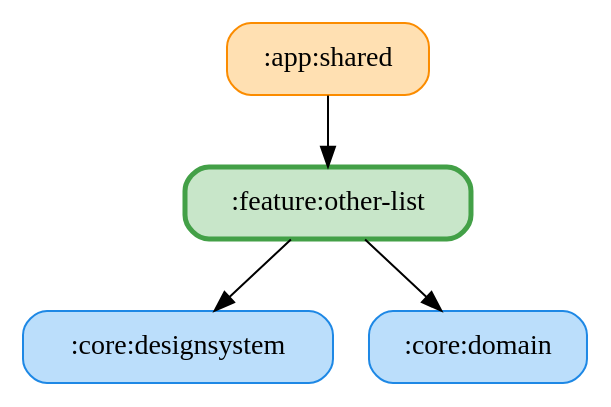
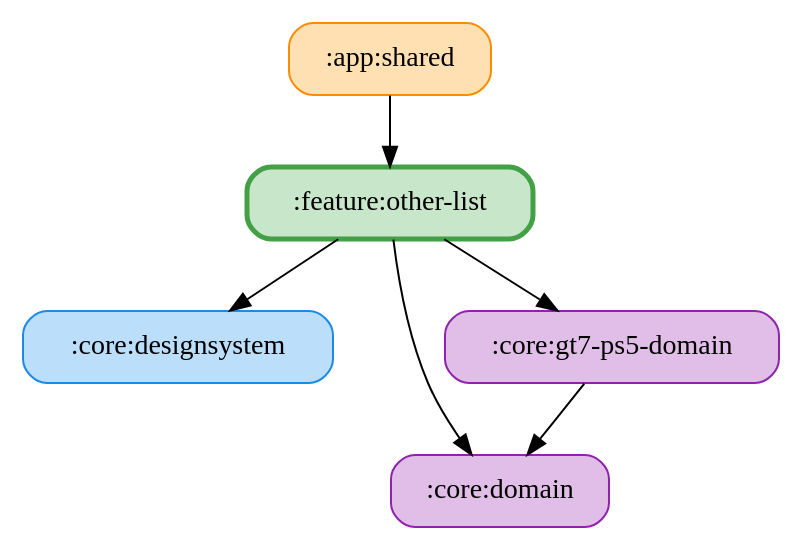
Before and after one commit to ai-kurou/KoDriver: the diagram in docs/graphs/feature-other-list.gv, drawn with Graphviz. The commit also changed 898 other files, not shown here.

Commit message:
:core:domain をシミュレーター別のドメインモジュールに分割する(LMU・ACE・GT7) (#2411)

```diff
--- a/docs/graphs/feature-other-list.gv
+++ b/docs/graphs/feature-other-list.gv
@@ -1,11 +1,14 @@
 digraph G {
   rankdir=TB
   node [shape=box, style="rounded,filled"]
   ":app:shared" [fillcolor="#FFE0B2", color="#FB8C00", penwidth=1]
   ":core:designsystem" [fillcolor="#BBDEFB", color="#1E88E5", penwidth=1]
-  ":core:domain" [fillcolor="#BBDEFB", color="#1E88E5", penwidth=1]
+  ":core:domain" [fillcolor="#E1BEE7", color="#8E24AA", penwidth=1]
+  ":core:gt7-ps5-domain" [fillcolor="#E1BEE7", color="#8E24AA", penwidth=1]
   ":feature:other-list" [fillcolor="#C8E6C9", color="#43A047", penwidth=2.5]
   ":app:shared" -> ":feature:other-list"
+  ":core:gt7-ps5-domain" -> ":core:domain"
   ":feature:other-list" -> ":core:domain"
+  ":feature:other-list" -> ":core:gt7-ps5-domain"
   ":feature:other-list" -> ":core:designsystem"
 }
```
